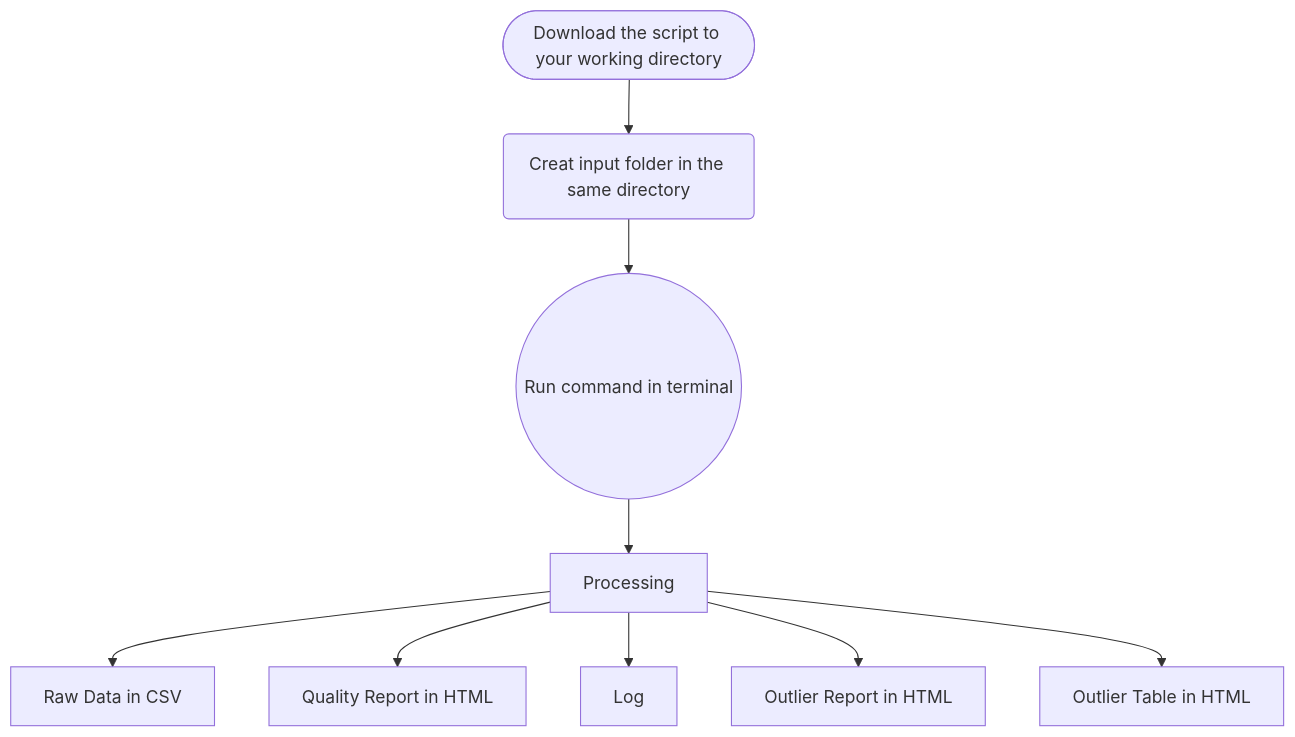
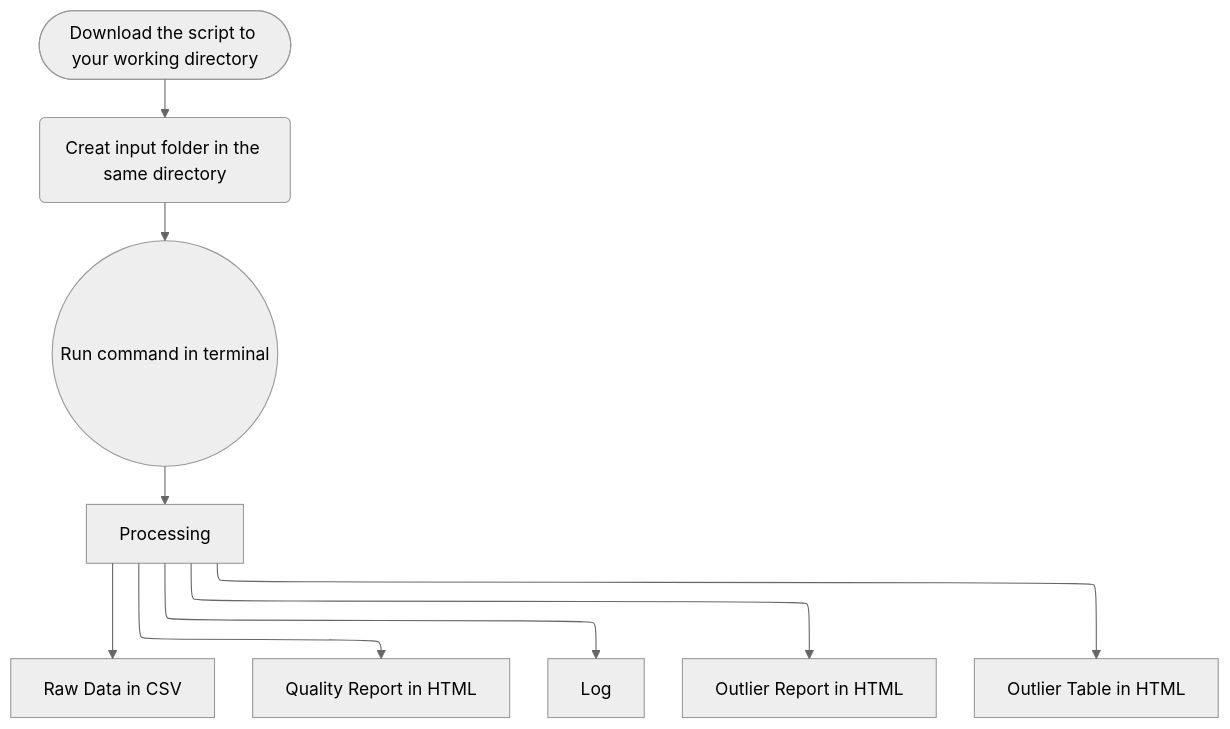
Before and after one commit to Biometix/biometix.github.io: the diagram in playbook/cli.md, drawn with Mermaid. The commit also changed 5 other files, not shown here.

Commit message:
chores: tweak mermaid style

````diff
--- a/playbook/cli.md
+++ b/playbook/cli.md
@@ -23,13 +23,17 @@
 ``` mermaid
-
+---
+config:
+  theme: neutral
+  layout: elk
+---
 graph TD
     download([Download the script to your working directory]) --> data(Creat input folder in the same directory)
     data --> run((Run command in terminal))
     run --> output[Processing]
     output --> csv[Raw Data in CSV]
     output --> quality[Quality Report in HTML]
     output --> log[Log]
     output --> outlier[Outlier Report in HTML]
     output --> table[Outlier Table in HTML]
 
 ```
````
